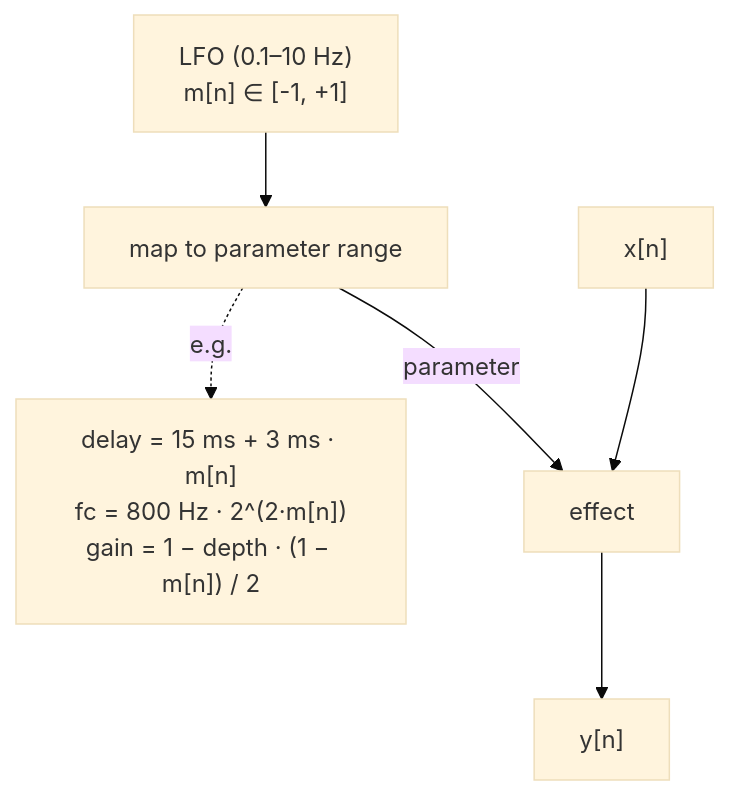
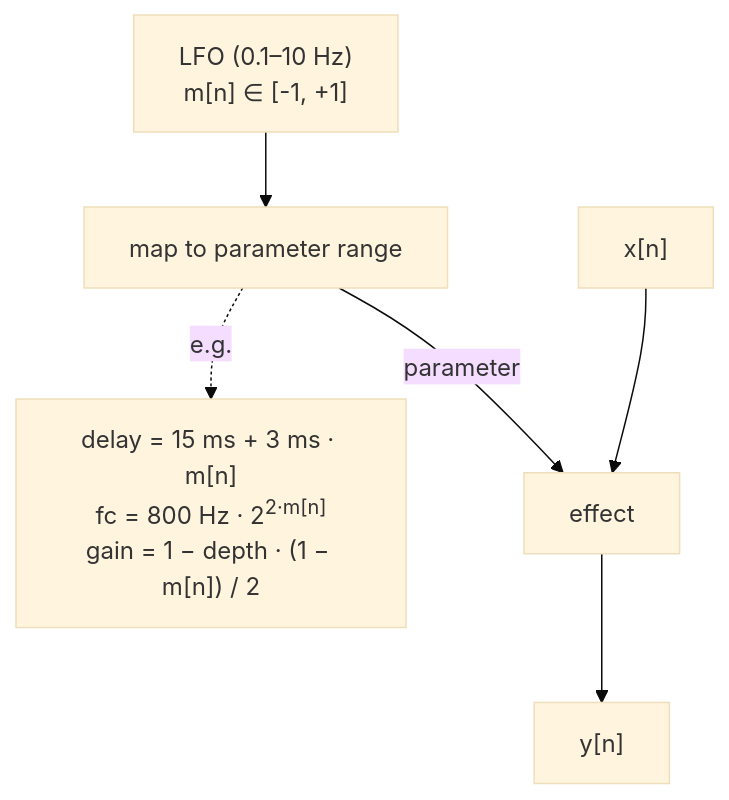
Before and after one commit to TomHsieh300/DAW-for-fun: the second of 5 diagrams in lessons/10-modulation/README.md, drawn with Mermaid (base theme). The commit also changed other lines of this file and 19 other files, not shown here.

First line of the commit message:
lessons: typeset subscripts and superscripts in Mermaid labels

````diff
--- a/lessons/10-modulation/README.md
+++ b/lessons/10-modulation/README.md
@@ -36,7 +36,7 @@
 ```mermaid
 flowchart TD
     L["LFO (0.1–10 Hz)<br/>m[n] ∈ [-1, +1]"] --> P["map to parameter range"]
-    P -.->|"e.g."| EX["delay = 15 ms + 3 ms · m[n]<br/>fc = 800 Hz · 2^(2·m[n])<br/>gain = 1 − depth · (1 − m[n]) / 2"]
+    P -.->|"e.g."| EX["delay = 15 ms + 3 ms · m[n]<br/>fc = 800 Hz · 2<sup>2·m[n]</sup><br/>gain = 1 − depth · (1 − m[n]) / 2"]
     P -->|"parameter"| E
     X["x[n]"] --> E["effect"] --> Y["y[n]"]
 ```
````
